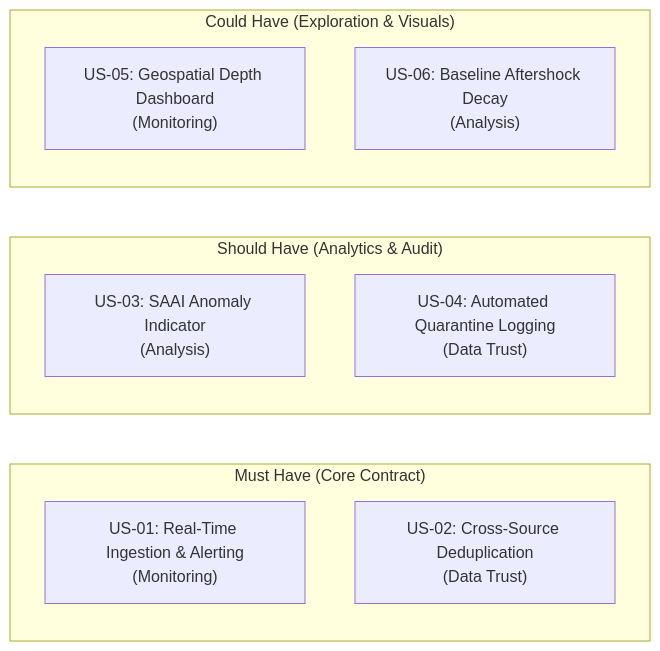
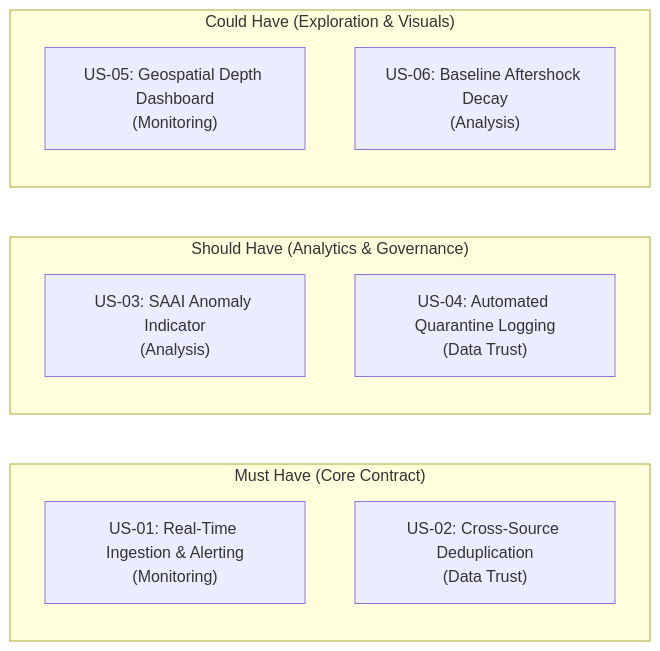
The third of 5 diagrams in docs/hazard_definition.md (AngeloIbanez/earthquake-monitoring-team_1), drawn with Mermaid before and after one commit. The commit also changed other lines of this file and 82 other files, not shown here.

````diff
--- a/docs/hazard_definition.md
+++ b/docs/hazard_definition.md
@@ -144,15 +141,15 @@
 ```mermaid
 graph LR
     subgraph "Must Have (Core Contract)"
         US1["US-01: Real-Time Ingestion & Alerting<br>(Monitoring)"]
         US2["US-02: Cross-Source Deduplication<br>(Data Trust)"]
     end
-    subgraph "Should Have (Analytics & Audit)"
+    subgraph "Should Have (Analytics & Governance)"
         US3["US-03: SAAI Anomaly Indicator<br>(Analysis)"]
         US4["US-04: Automated Quarantine Logging<br>(Data Trust)"]
     end
     subgraph "Could Have (Exploration & Visuals)"
         US5["US-05: Geospatial Depth Dashboard<br>(Monitoring)"]
         US6["US-06: Baseline Aftershock Decay<br>(Analysis)"]
     end
 ```
````
